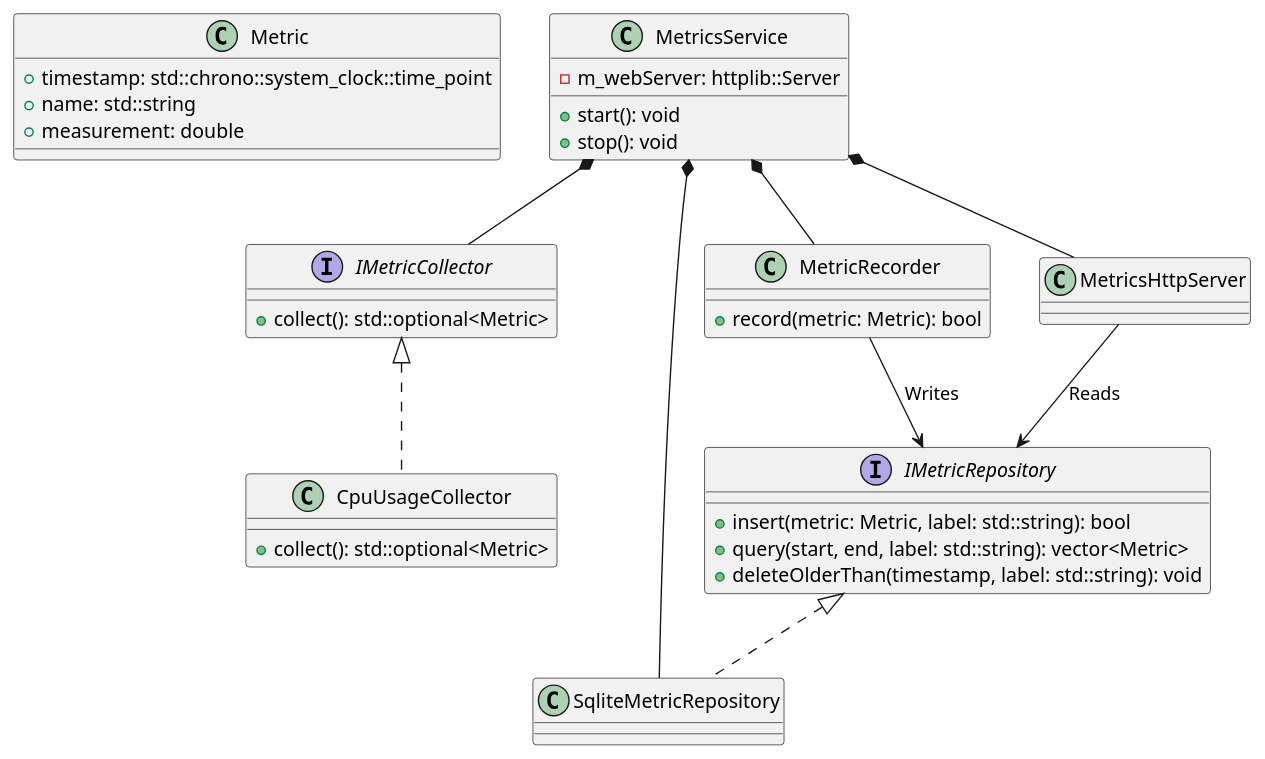
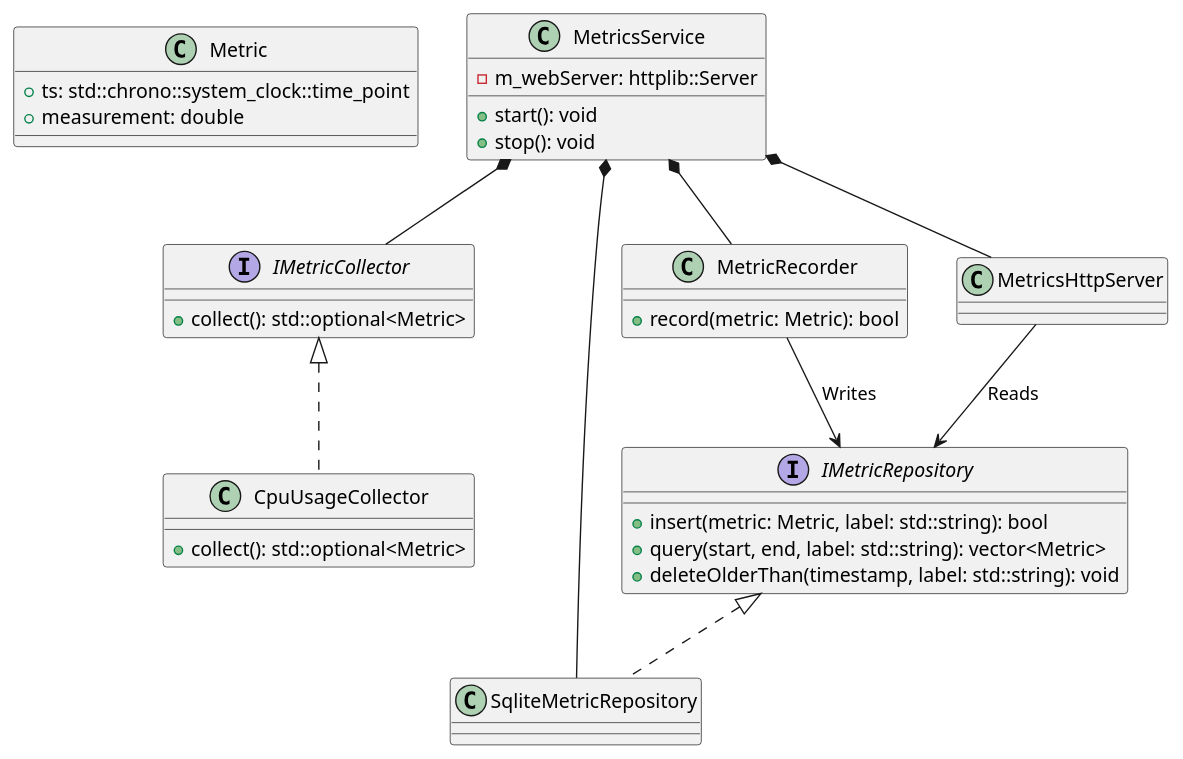
The second of 2 diagrams in Design.md (rohanjaya/metrics-visualizer), drawn with PlantUML before and after one commit. The commit also changed other lines of this file and 2 other files, not shown here.

Commit message:
implement IMetricCollector.h

```diff
--- a/Design.md
+++ b/Design.md
@@ -26,50 +25,49 @@
 @startuml
 
 class Metric {
-    + timestamp: std::chrono::system_clock::time_point
-    + name: std::string
+    + ts: std::chrono::system_clock::time_point
     + measurement: double
 }
 
 interface IMetricCollector {
     + collect(): std::optional<Metric>
 }
 
 class CpuUsageCollector {
     + collect(): std::optional<Metric>
 }
 
 class MetricsService {
     + start(): void
     + stop(): void
     - m_webServer: httplib::Server
 }
 
 class MetricRecorder {
     + record(metric: Metric): bool
 }
 
 interface IMetricRepository {
     + insert(metric: Metric, label: std::string): bool
     + query(start, end, label: std::string): vector<Metric>
     + deleteOlderThan(timestamp, label: std::string): void
 }
 
 class SqliteMetricRepository {
 }
 
 class MetricsHttpServer {
 }
 
 IMetricCollector <|.. CpuUsageCollector
 IMetricRepository <|.. SqliteMetricRepository
 
 MetricsService *-- IMetricCollector
 MetricsService *-- MetricRecorder
 MetricsService *-- MetricsHttpServer
 MetricsService *-- SqliteMetricRepository
 
 MetricRecorder --> IMetricRepository : Writes
 MetricsHttpServer --> IMetricRepository : Reads
 
 @enduml
```
